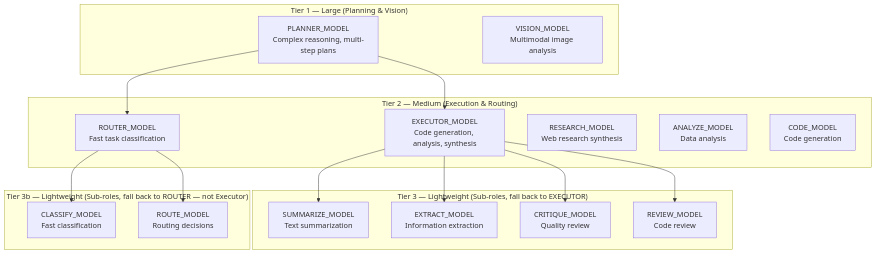
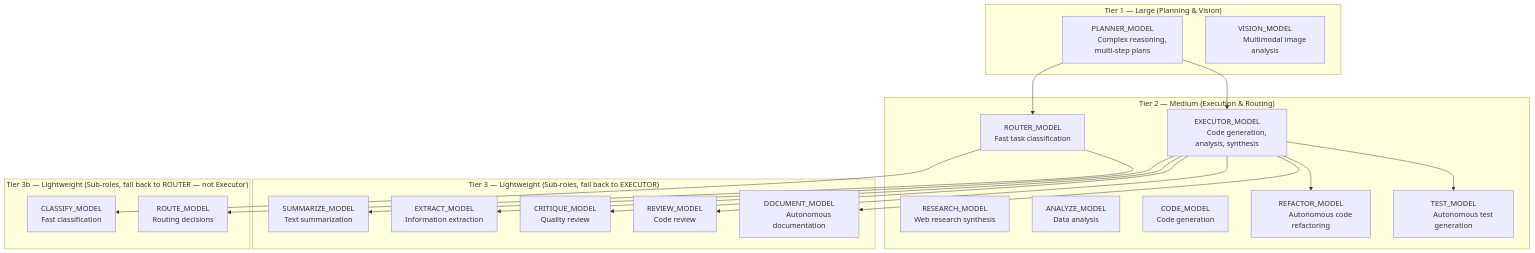
One commit to brunogcar/agent changed the third of 4 diagrams in docs/core/CONFIG.md. Above: the diagram before and after it, drawn with Mermaid. The commit also changed other lines of this file and 17 other files, not shown here.

````diff
--- a/docs/core/CONFIG.md
+++ b/docs/core/CONFIG.md
@@ -113,32 +133,54 @@
 ```mermaid
 graph TD
     subgraph "Tier 1 — Large (Planning & Vision)"
-        P["PLANNER_MODEL<br/>Complex reasoning, multi-step plans"]
-        V["VISION_MODEL<br/>Multimodal image analysis"]
+        P["PLANNER_MODEL
+           Complex reasoning, multi-step plans"]
+        V["VISION_MODEL
+           Multimodal image analysis"]
     end
     subgraph "Tier 2 — Medium (Execution & Routing)"
-        E["EXECUTOR_MODEL<br/>Code generation, analysis, synthesis"]
-        R["ROUTER_MODEL<br/>Fast task classification"]
-        RE["RESEARCH_MODEL<br/>Web research synthesis"]
-        AN["ANALYZE_MODEL<br/>Data analysis"]
-        CO["CODE_MODEL<br/>Code generation"]
+        E["EXECUTOR_MODEL
+           Code generation, analysis, synthesis"]
+        R["ROUTER_MODEL
+           Fast task classification"]
+        RE["RESEARCH_MODEL
+           Web research synthesis"]
+        AN["ANALYZE_MODEL
+           Data analysis"]
+        CO["CODE_MODEL
+           Code generation"]
+        RF["REFACTOR_MODEL
+           Autonomous code refactoring"]
+        TE["TEST_MODEL
+           Autonomous test generation"]
     end
     subgraph "Tier 3 — Lightweight (Sub-roles, fall back to EXECUTOR)"
-        SU["SUMMARIZE_MODEL<br/>Text summarization"]
-        EX["EXTRACT_MODEL<br/>Information extraction"]
-        CR["CRITIQUE_MODEL<br/>Quality review"]
-        RV["REVIEW_MODEL<br/>Code review"]
+        SU["SUMMARIZE_MODEL
+           Text summarization"]
+        EX["EXTRACT_MODEL
+           Information extraction"]
+        CR["CRITIQUE_MODEL
+           Quality review"]
+        RV["REVIEW_MODEL
+           Code review"]
+        DO["DOCUMENT_MODEL
+           Autonomous documentation"]
     end
     subgraph "Tier 3b — Lightweight (Sub-roles, fall back to ROUTER — not Executor)"
-        CL["CLASSIFY_MODEL<br/>Fast classification"]
-        RT["ROUTE_MODEL<br/>Routing decisions"]
+        CL["CLASSIFY_MODEL
+           Fast classification"]
+        RT["ROUTE_MODEL
+           Routing decisions"]
     end
     P --> E
     P --> R
     R --> CL
     R --> RT
     E --> SU
     E --> EX
     E --> CR
     E --> RV
+    E --> RF
+    E --> TE
+    E --> DO
 ```
````
